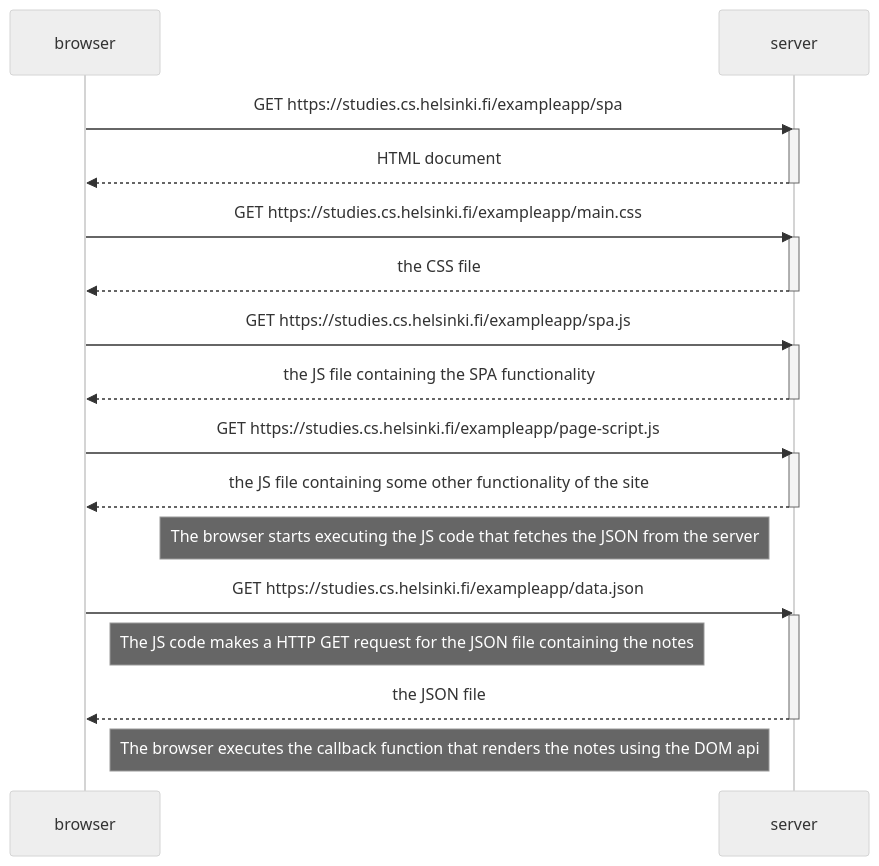
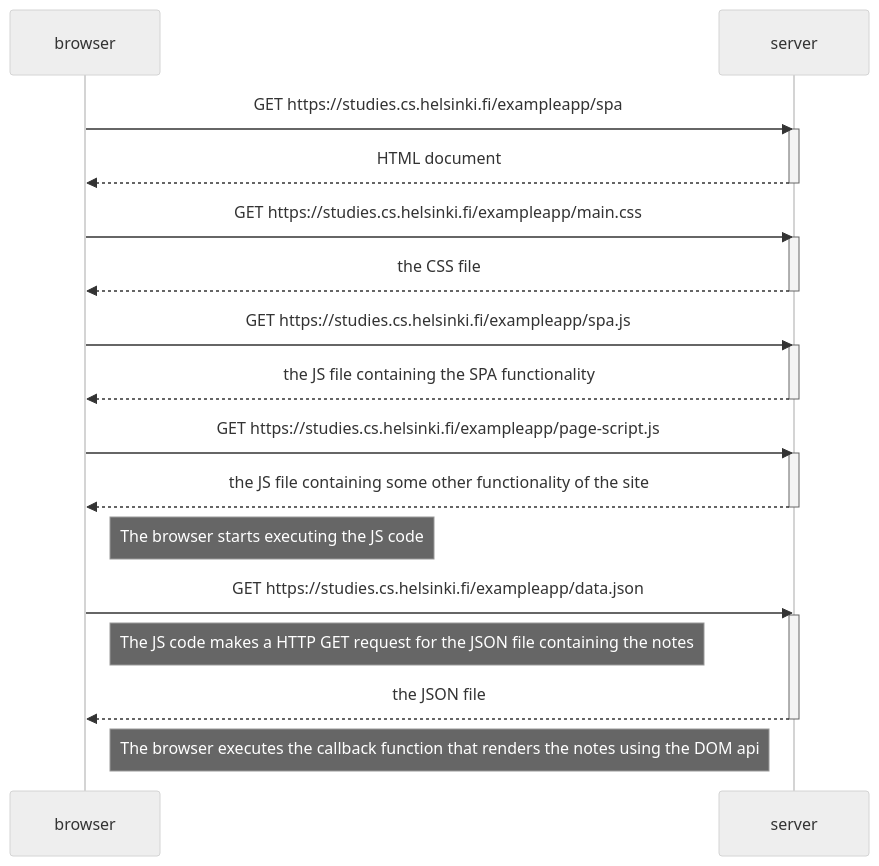
The diagram in part0/exercise5.md (Mersikka/full-stack-open), drawn with Mermaid (neutral theme) before and after one commit. The commit also changed 1 other file, not shown here.

Commit message:
Improve 4 and 5

````diff
--- a/part0/exercise5.md
+++ b/part0/exercise5.md
@@ -1,37 +1,37 @@
 ```mermaid
 sequenceDiagram
     participant browser
     participant server
 
     browser->>server: GET https://studies.cs.helsinki.fi/exampleapp/spa
     activate server
     server-->>browser: HTML document
     deactivate server
     
     browser->>server: GET https://studies.cs.helsinki.fi/exampleapp/main.css
     activate server
     server-->>browser: the CSS file
     deactivate server
 
     browser->>server: GET https://studies.cs.helsinki.fi/exampleapp/spa.js
     activate server
     server-->>browser: the JS file containing the SPA functionality
     deactivate server
 
     browser->>server: GET https://studies.cs.helsinki.fi/exampleapp/page-script.js
     activate server
     server-->>browser: the JS file containing some other functionality of the site
     deactivate server
 
-    note left of server: The browser starts executing the JS code that fetches the JSON from the server
+    note right of browser: The browser starts executing the JS code
 
     browser->>server: GET https://studies.cs.helsinki.fi/exampleapp/data.json
     activate server
 
     note right of browser: The JS code makes a HTTP GET request for the JSON file containing the notes
 
     server-->>browser: the JSON file
     deactivate server
 
     note right of browser: The browser executes the callback function that renders the notes using the DOM api
 ```
````
